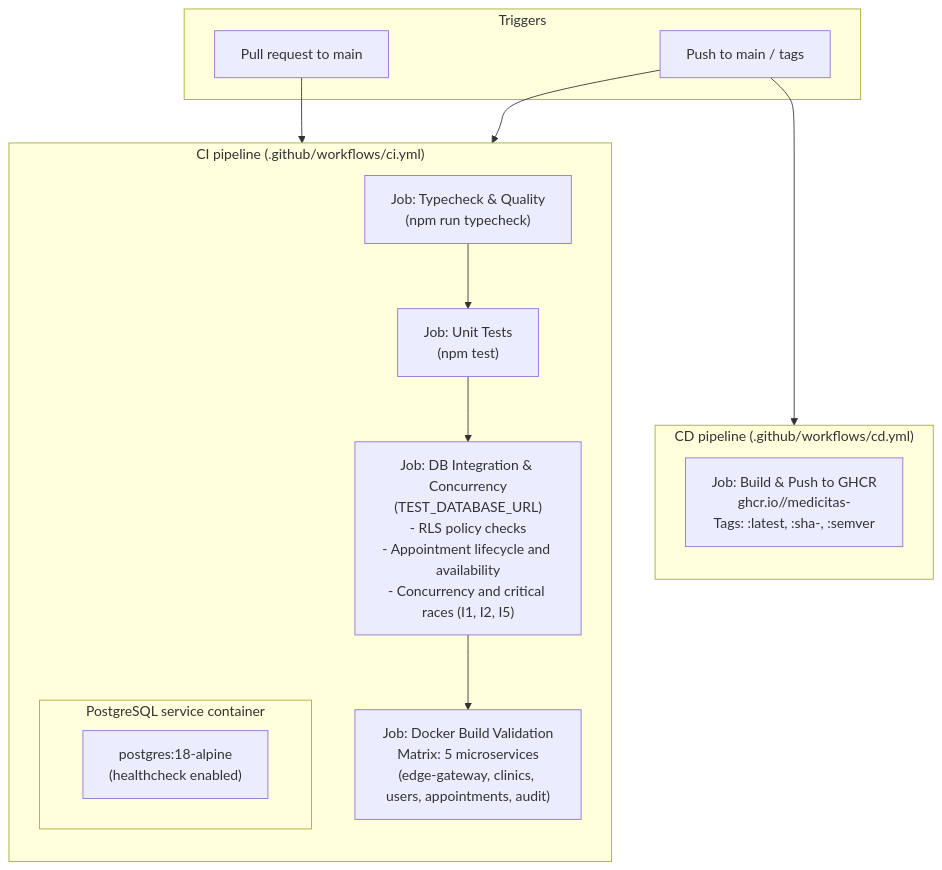
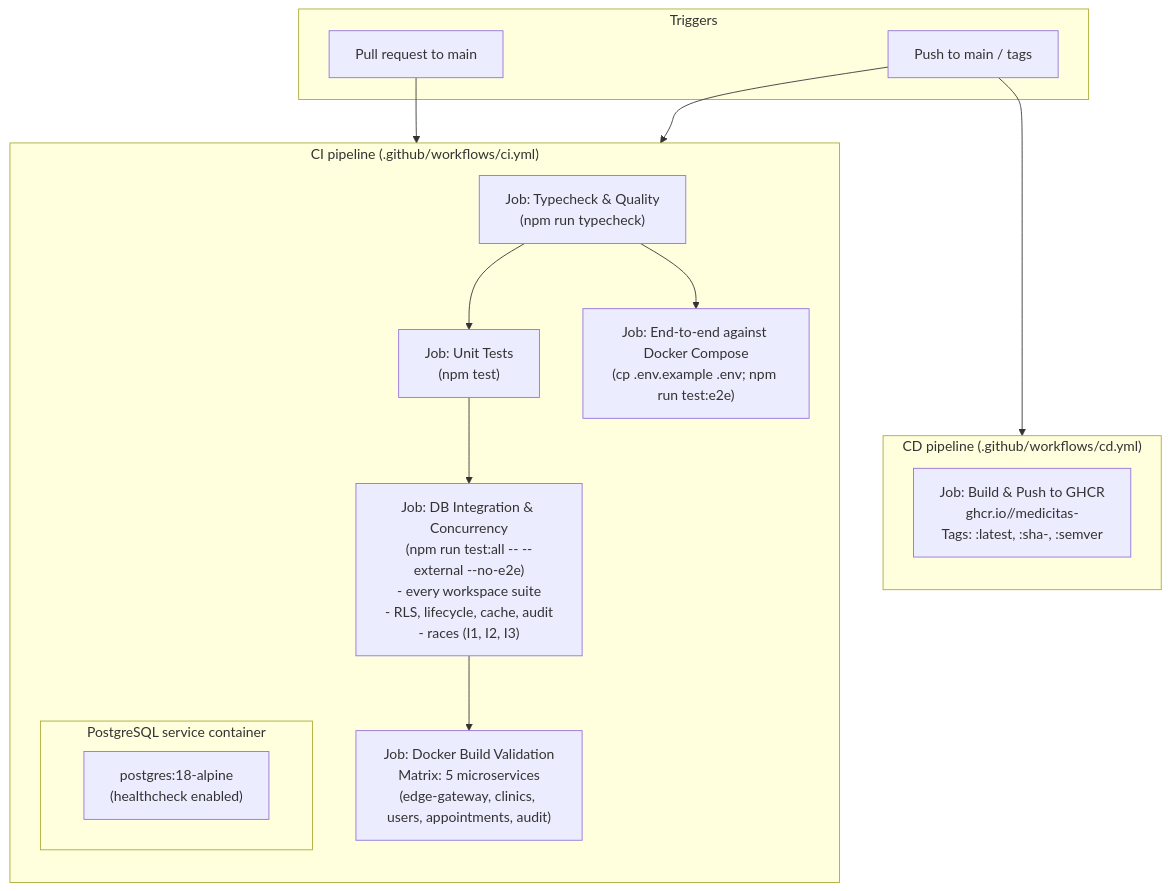
One commit to ErikZF/MediCitas changed the diagram in docs/ci-cd.md. Above: the diagram before and after it, drawn with Mermaid. The commit also changed other lines of this file and 14 other files, not shown here.

Commit message:
Run every test with one command and report what each one covers

````diff
--- a/docs/ci-cd.md
+++ b/docs/ci-cd.md
@@ -11,33 +11,35 @@
 ```mermaid
 flowchart TD
     subgraph Eventos["Triggers"]
         PR["Pull request to main"]
         PushMain["Push to main / tags"]
     end
 
     subgraph CI["CI pipeline (.github/workflows/ci.yml)"]
         direction TB
         Quality["Job: Typecheck & Quality\n(npm run typecheck)"]
         UnitTest["Job: Unit Tests\n(npm test)"]
         
         subgraph PostgresService["PostgreSQL service container"]
             PG["postgres:18-alpine\n(healthcheck enabled)"]
         end
         
-        IntegTest["Job: DB Integration & Concurrency\n(TEST_DATABASE_URL)\n- RLS policy checks\n- Appointment lifecycle and availability\n- Concurrency and critical races (I1, I2, I5)"]
+        IntegTest["Job: DB Integration & Concurrency\n(npm run test:all -- --external --no-e2e)\n- every workspace suite\n- RLS, lifecycle, cache, audit\n- races (I1, I2, I3)"]
+        E2E["Job: End-to-end against Docker Compose\n(cp .env.example .env; npm run test:e2e)"]
         DockerBuild["Job: Docker Build Validation\nMatrix: 5 microservices\n(edge-gateway, clinics, users, appointments, audit)"]
 
         Quality --> UnitTest
         UnitTest --> IntegTest
+        Quality --> E2E
         IntegTest --> DockerBuild
     end
 
     subgraph CD["CD pipeline (.github/workflows/cd.yml)"]
         direction TB
         Publish["Job: Build & Push to GHCR\nghcr.io/<owner>/medicitas-<service>\nTags: :latest, :sha-<commit>, :semver"]
     end
 
     PR --> CI
     PushMain --> CI
     PushMain --> CD
 ```
````
